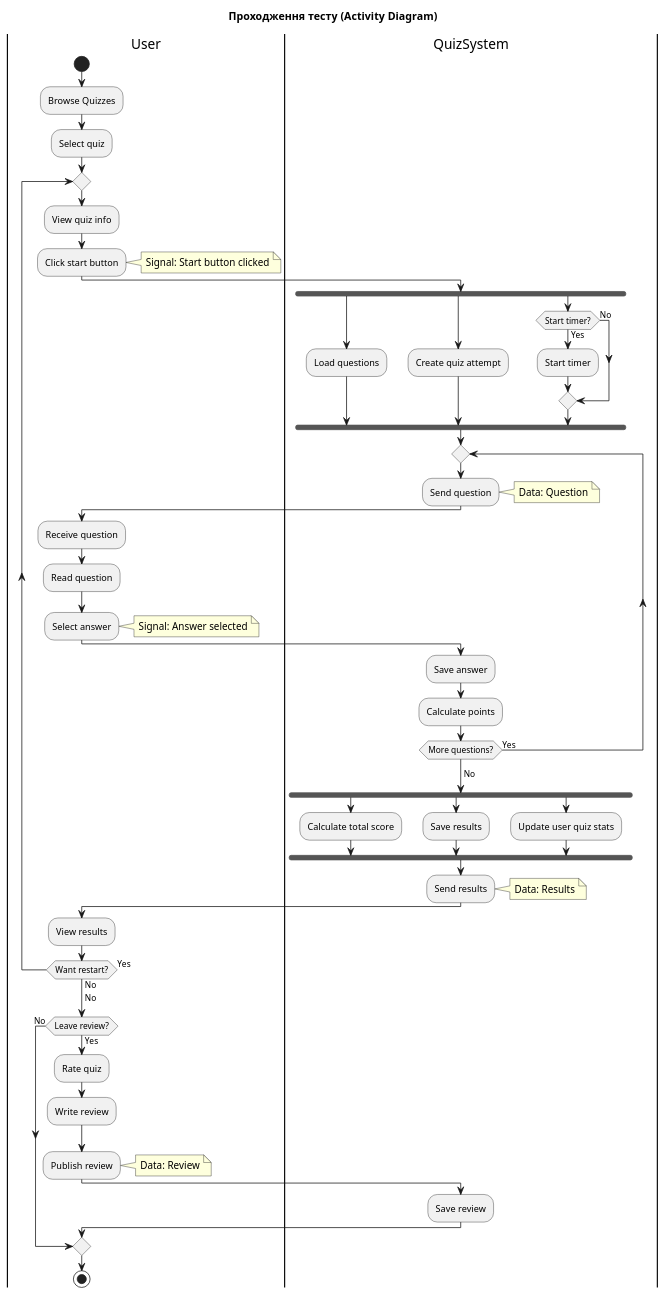
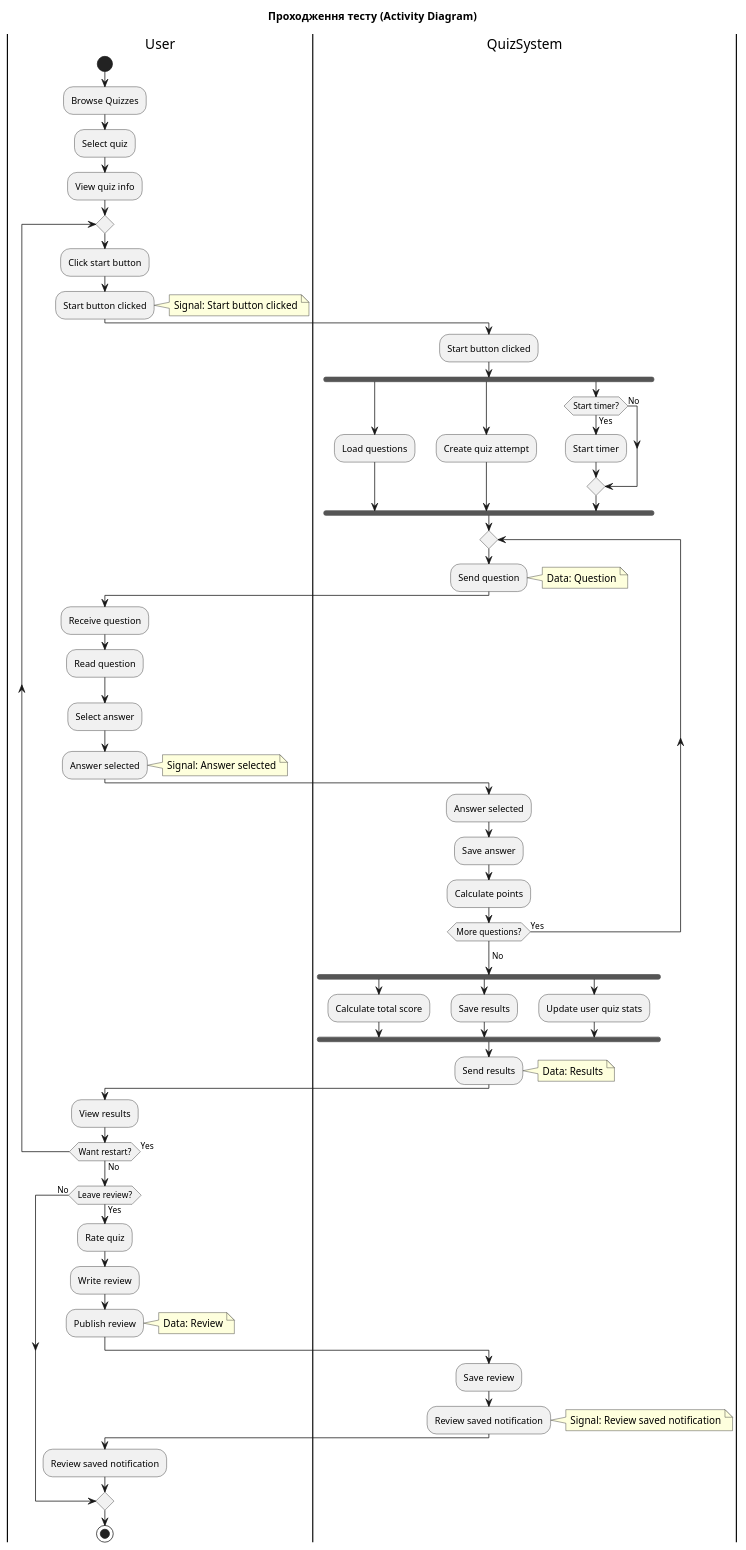
One commit to Alysseum17/KPI-labs changed the diagram in Lab4/activity_diagram.puml. Above: the diagram before and after it, drawn with PlantUML.

Commit message:
Refactor activity diagram for quiz system flow

```diff
--- a/Lab4/activity_diagram.puml
+++ b/Lab4/activity_diagram.puml
@@ -1,76 +1,80 @@
 @startuml
 title Проходження тесту (Activity Diagram)
 
 |User|
 start
 :Browse Quizzes;
 :Select quiz;
 
-repeat
-    :View quiz info;
+:View quiz info;
+  repeat
     :Click start button;
+    :Start button clicked;
     note right: Signal: Start button clicked
-    
     |QuizSystem|
-    
+    :Start button clicked;
     fork
         :Load questions;
     fork again
         :Create quiz attempt;
     fork again
         if (Start timer?) then (Yes)
             :Start timer;
         else (No)
         endif
     end fork
     
     repeat
         :Send question;
         note right: Data: Question
         
         |User|
         :Receive question;
         :Read question;
         :Select answer;
+        :Answer selected;
         note right: Signal: Answer selected
         
         |QuizSystem|
+        :Answer selected;
         :Save answer;
         :Calculate points;
         
     repeat while (More questions?) is (Yes)
     ->No;
     
     fork
         :Calculate total score;
     fork again
         :Save results;
     fork again
         :Update user quiz stats;
     end fork
     
     :Send results;
     note right: Data: Results
     
     |User|
     :View results;
     
-repeat while (Want restart?) is (Yes) not (No)
-->No;
+repeat while (Want restart?) is (Yes) not (No);
 
 if (Leave review?) then (Yes)
     :Rate quiz;
     :Write review;
     :Publish review;
     note right: Data: Review
     
     |QuizSystem|
     :Save review;
+    :Review saved notification;
+     note right: Signal: Review saved notification
     
     |User|
+    :Review saved notification;
 else (No)
 endif
 
 stop
 
 @enduml
```
